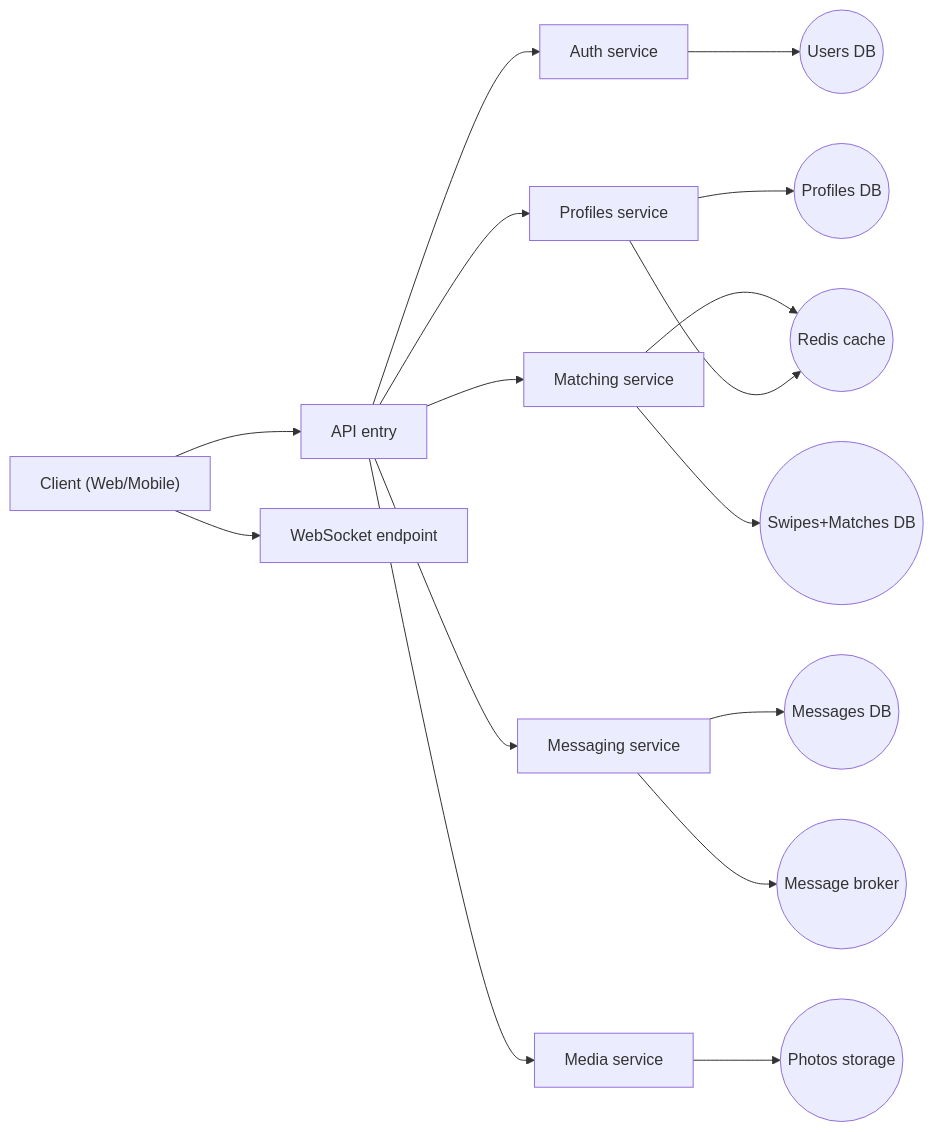
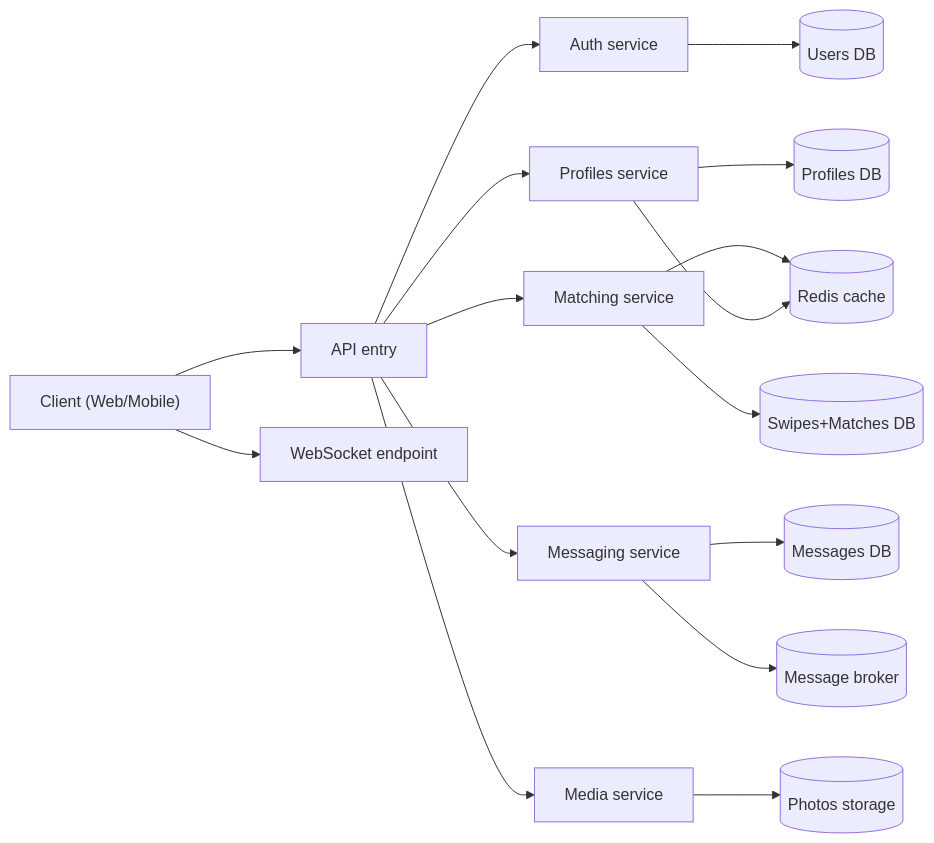
The first of 5 diagrams in README.md (vSAQv/meetApp), drawn with Mermaid before and after one commit. The commit also changed other lines of this file, not shown here.

````diff
--- a/README.md
+++ b/README.md
@@ -52,22 +50,22 @@
 ```mermaid
 flowchart LR
   client["Client (Web/Mobile)"] --> gateway["API entry"]
   client --> ws["WebSocket endpoint"]
 
   gateway --> auth["Auth service"]
   gateway --> profiles["Profiles service"]
   gateway --> matching["Matching service"]
   gateway --> messages["Messaging service"]
   gateway --> media["Media service"]
 
-  auth --> users((Users DB))
-  profiles --> prof((Profiles DB))
-  matching --> matchdb((Swipes+Matches DB))
-  messages --> msgdb((Messages DB))
-  media --> storage((Photos storage))
+  auth --> users[("Users DB")]
+  profiles --> prof[("Profiles DB")]
+  matching --> matchdb[("Swipes+Matches DB")]
+  messages --> msgdb[("Messages DB")]
+  media --> storage[("Photos storage")]
 
-  matching --> cache((Redis cache))
+  matching --> cache[("Redis cache")]
   profiles --> cache
 
-  messages --> broker((Message broker))
+  messages --> broker[("Message broker")]
 ```
````
